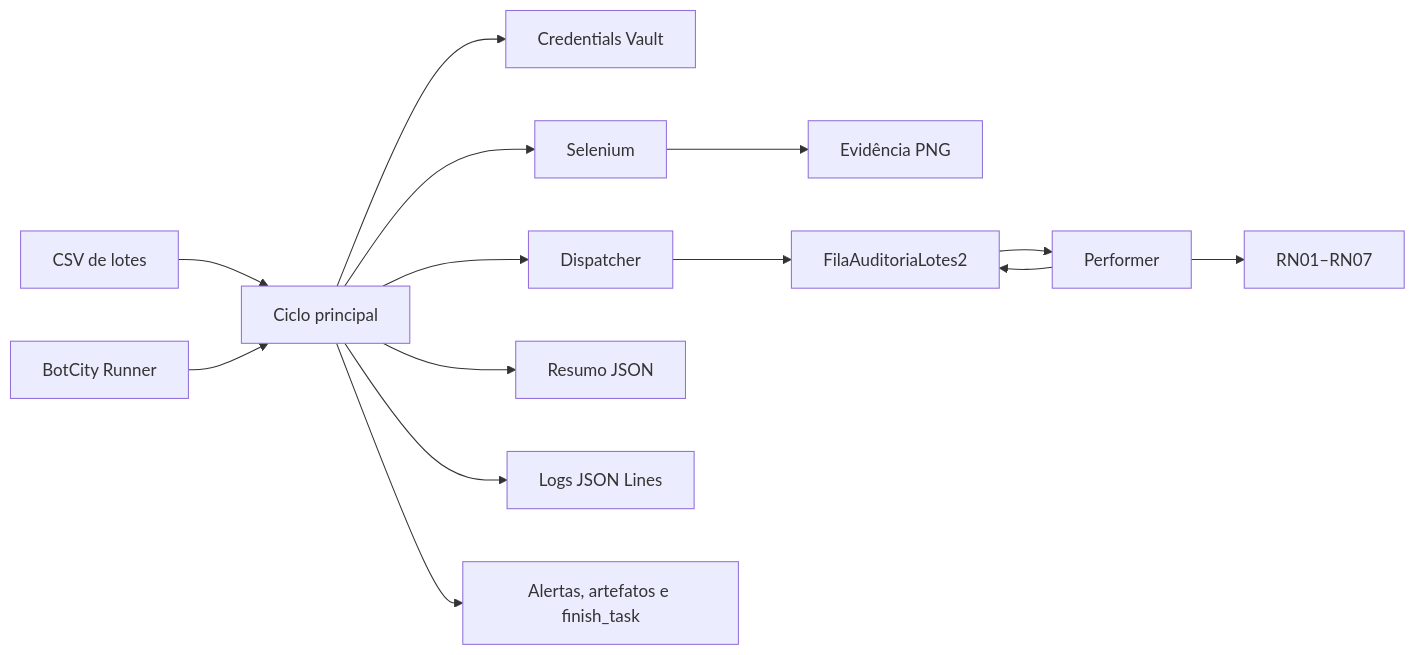
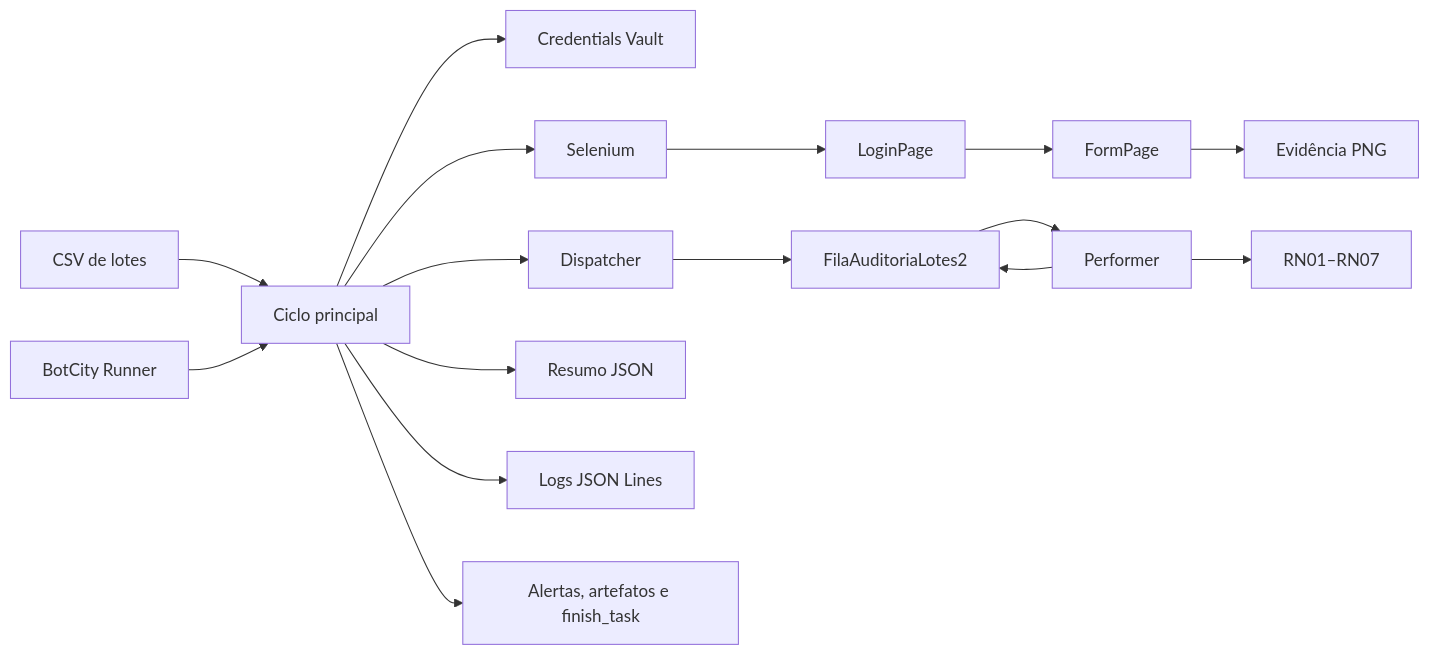
The diagram in README.md (g-f307/conferencia-de-lotes), drawn with Mermaid before and after one commit. The commit also changed other lines of this file and 9 other files, not shown here.

````diff
--- a/README.md
+++ b/README.md
@@ -79,16 +79,18 @@
 ```mermaid
 flowchart LR
     CSV[CSV de lotes] --> MAIN[Ciclo principal]
     RUNNER[BotCity Runner] --> MAIN
     MAIN --> VAULT[Credentials Vault]
     MAIN --> WEB[Selenium]
-    WEB --> PNG[Evidência PNG]
+    WEB --> LOGIN[LoginPage]
+    LOGIN --> FORM[FormPage]
+    FORM --> PNG[Evidência PNG]
     MAIN --> DISPATCHER[Dispatcher]
     DISPATCHER --> DATAPOOL[FilaAuditoriaLotes2]
     DATAPOOL --> PERFORMER[Performer]
     PERFORMER --> RULES[RN01–RN07]
     PERFORMER --> DATAPOOL
     MAIN --> REPORT[Resumo JSON]
     MAIN --> LOGS[Logs JSON Lines]
     MAIN --> MAESTRO[Alertas, artefatos e finish_task]
 ```
````
